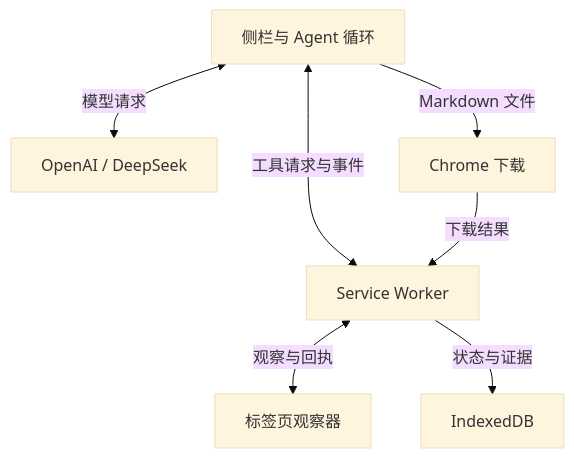
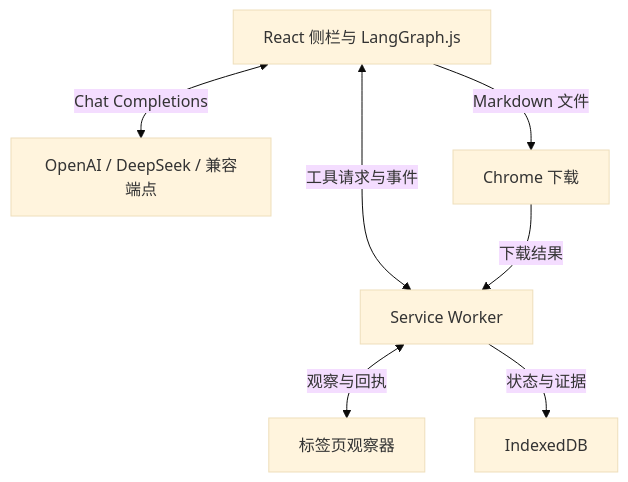
One commit to RainPot/SpiritBear changed the first of 2 diagrams in docs/technical-design.md. Above: the diagram before and after it, drawn with Mermaid (base theme). The commit also changed other lines of this file and 19 other files, not shown here.

````diff
--- a/docs/technical-design.md
+++ b/docs/technical-design.md
@@ -30,9 +30,9 @@
 ```mermaid
 flowchart TB
-  Panel["侧栏与 Agent 循环"] <-->|模型请求| Model["OpenAI / DeepSeek"]
+  Panel["React 侧栏与 LangGraph.js"] <-->|Chat Completions| Model["OpenAI / DeepSeek / 兼容端点"]
   Panel <-->|工具请求与事件| Worker["Service Worker"]
   Worker <-->|观察与回执| Page["标签页观察器"]
   Worker -->|状态与证据| Store["IndexedDB"]
   Panel -->|Markdown 文件| Download["Chrome 下载"]
   Download -->|下载结果| Worker
 ```
````
